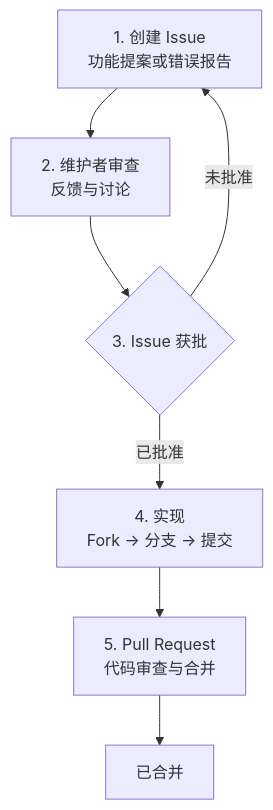
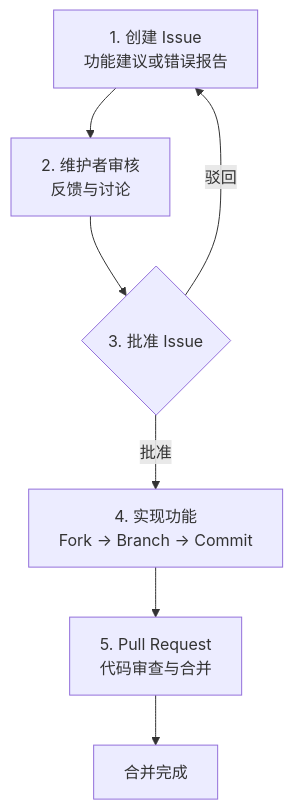
Before and after one commit to NARUBROWN/spine-site: the diagram in docs/zh-Hans/community/contributing.md, drawn with Mermaid. The commit also changed other lines of this file and 158 other files, not shown here.

````diff
--- a/docs/zh-Hans/community/contributing.md
+++ b/docs/zh-Hans/community/contributing.md
@@ -9,9 +9,9 @@
 ```mermaid
 flowchart TD
-    A[1. 创建 Issue<br/>功能提案或错误报告] --> B[2. 维护者审查<br/>反馈与讨论]
-    B --> C{3. Issue 获批}
-    C -->|已批准| D[4. 实现<br/>Fork → 分支 → 提交]
-    C -->|未批准| A
+    A[1. 创建 Issue<br/>功能建议或错误报告] --> B[2. 维护者审核<br/>反馈与讨论]
+    B --> C{3. 批准 Issue}
+    C -->|批准| D[4. 实现功能<br/>Fork → Branch → Commit]
+    C -->|驳回| A
     D --> E[5. Pull Request<br/>代码审查与合并]
-    E --> F[已合并]
+    E --> F[合并完成]
 ```
````
